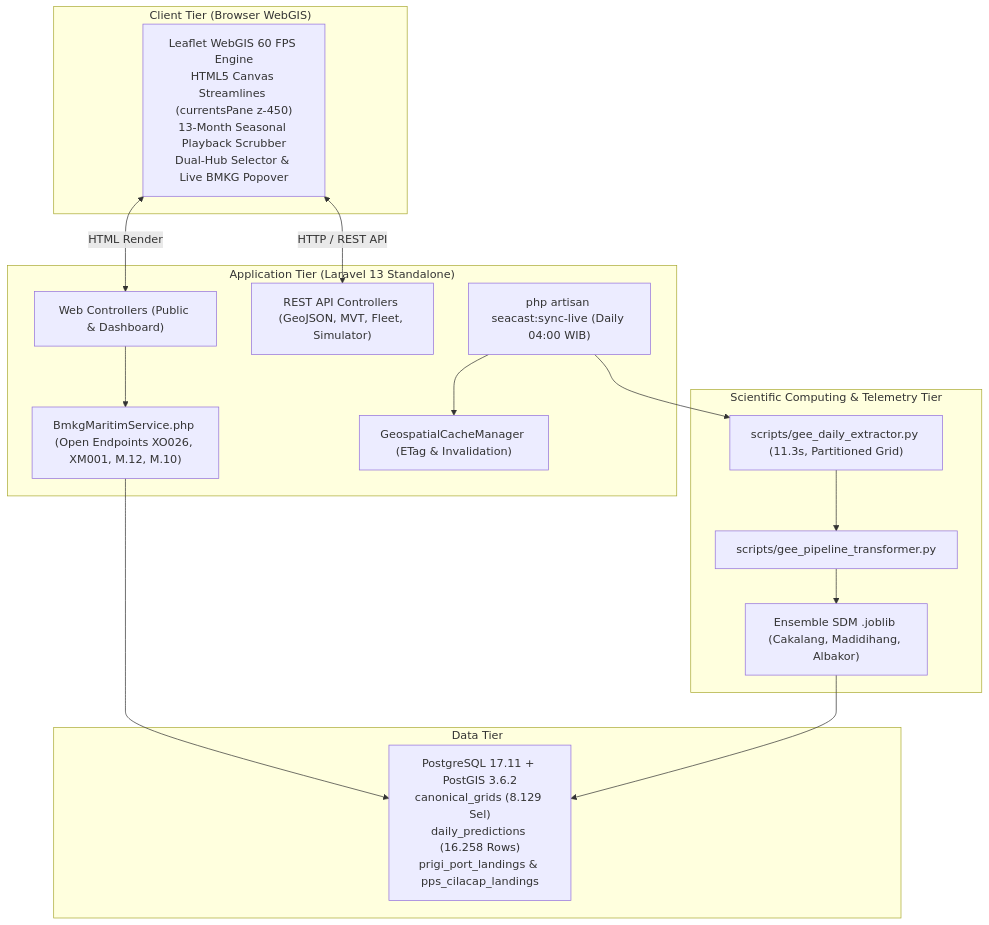
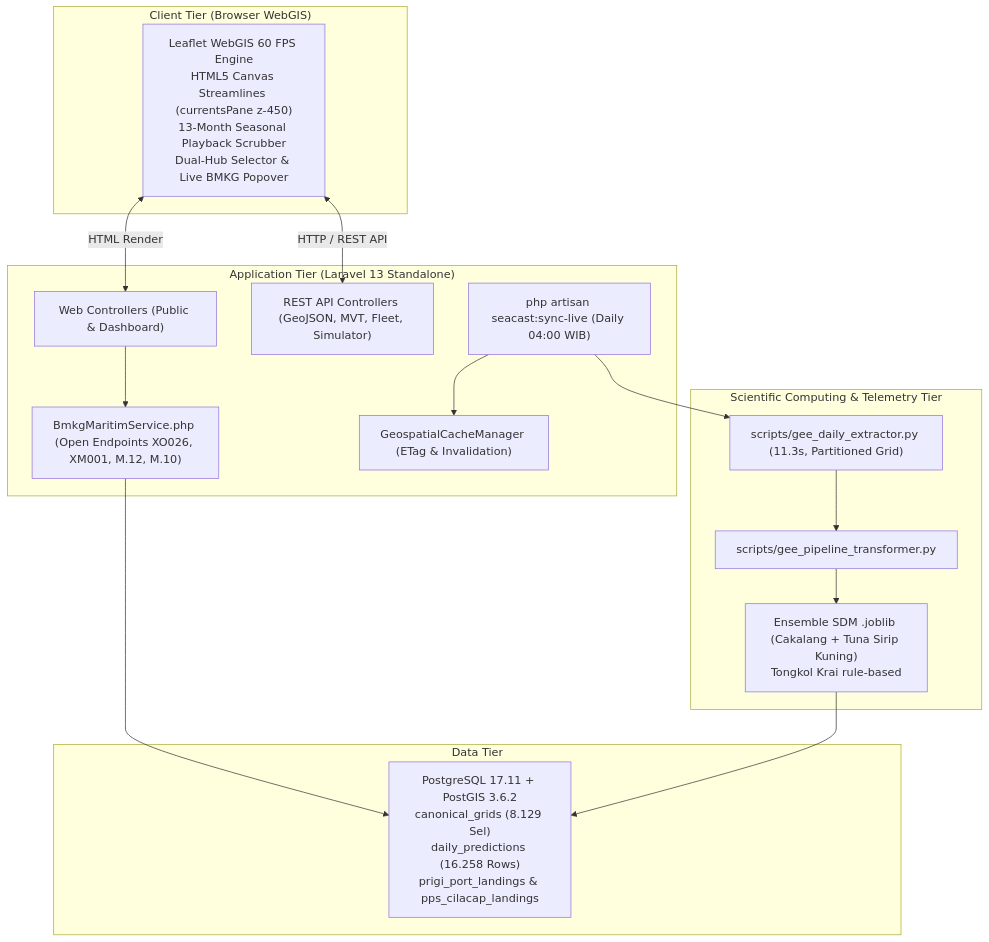
One commit to ZyrexR/seacast-wpp573 changed the second of 2 diagrams in docs/project/SEACAST_EXECUTIVE_SUMMARY.md. Above: the diagram before and after it, drawn with Mermaid. The commit also changed other lines of this file and 25 other files, not shown here.

````diff
--- a/docs/project/SEACAST_EXECUTIVE_SUMMARY.md
+++ b/docs/project/SEACAST_EXECUTIVE_SUMMARY.md
@@ -137,34 +136,34 @@
 ```mermaid
 graph TD
     subgraph Client["Client Tier (Browser WebGIS)"]
         UI["Leaflet WebGIS 60 FPS Engine<br/>HTML5 Canvas Streamlines (currentsPane z-450)<br/>13-Month Seasonal Playback Scrubber<br/>Dual-Hub Selector & Live BMKG Popover"]
     end
 
     subgraph AppServer["Application Tier (Laravel 13 Standalone)"]
         WebCtrl["Web Controllers (Public & Dashboard)"]
         ApiCtrl["REST API Controllers (GeoJSON, MVT, Fleet, Simulator)"]
         LiveBmkg["BmkgMaritimService.php (Open Endpoints XO026, XM001, M.12, M.10)"]
         SyncCmd["php artisan seacast:sync-live (Daily 04:00 WIB)"]
         GeoCache["GeospatialCacheManager (ETag & Invalidation)"]
     end
 
     subgraph ScientificTier["Scientific Computing & Telemetry Tier"]
         GeeExtract["scripts/gee_daily_extractor.py (11.3s, Partitioned Grid)"]
         GeeTrans["scripts/gee_pipeline_transformer.py"]
-        MLModels["Ensemble SDM .joblib (Cakalang, Madidihang, Albakor)"]
+        MLModels["Ensemble SDM .joblib (Cakalang + Tuna Sirip Kuning)<br/>Tongkol Krai rule-based"]
     end
 
     subgraph StorageTier["Data Tier"]
         PostGIS["PostgreSQL 17.11 + PostGIS 3.6.2<br/>canonical_grids (8.129 Sel)<br/>daily_predictions (16.258 Rows)<br/>prigi_port_landings & pps_cilacap_landings"]
     end
 
     UI <-->|HTTP / REST API| ApiCtrl
     UI <-->|HTML Render| WebCtrl
     WebCtrl --> LiveBmkg
     SyncCmd --> GeeExtract
     GeeExtract --> GeeTrans
     GeeTrans --> MLModels
     MLModels --> PostGIS
     LiveBmkg --> PostGIS
     SyncCmd --> GeoCache
 ```
````
